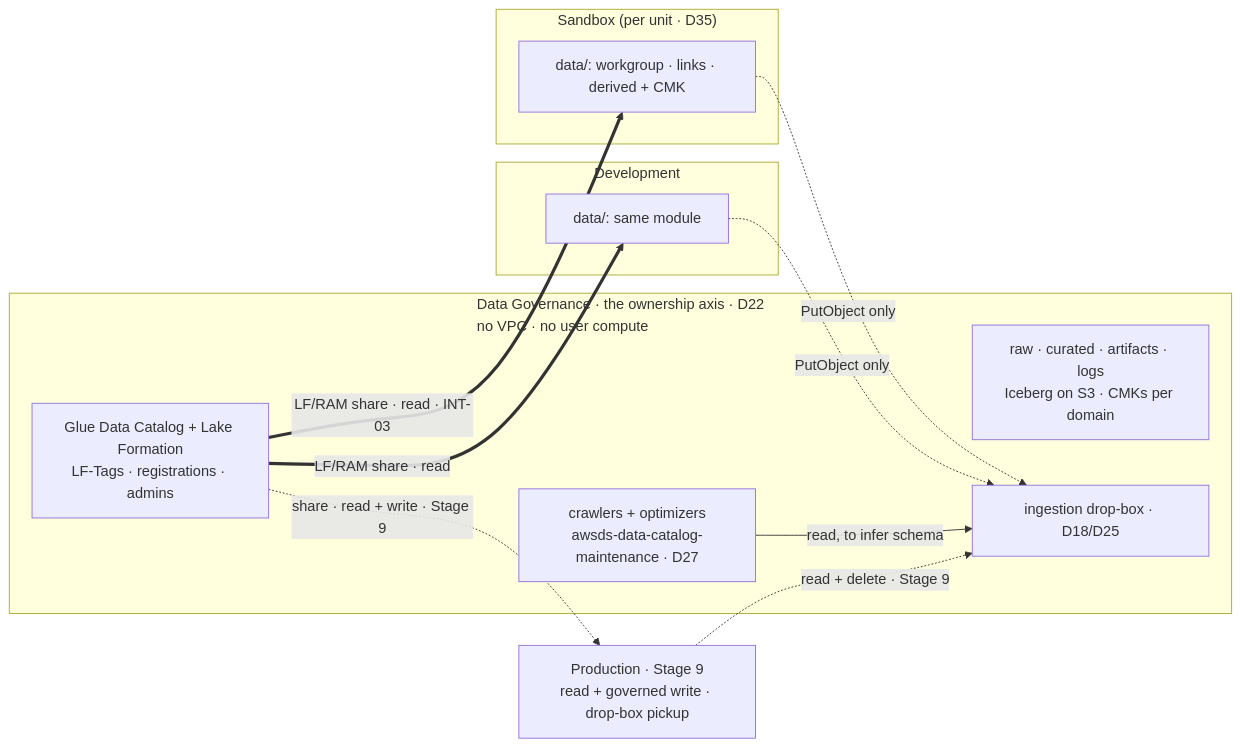
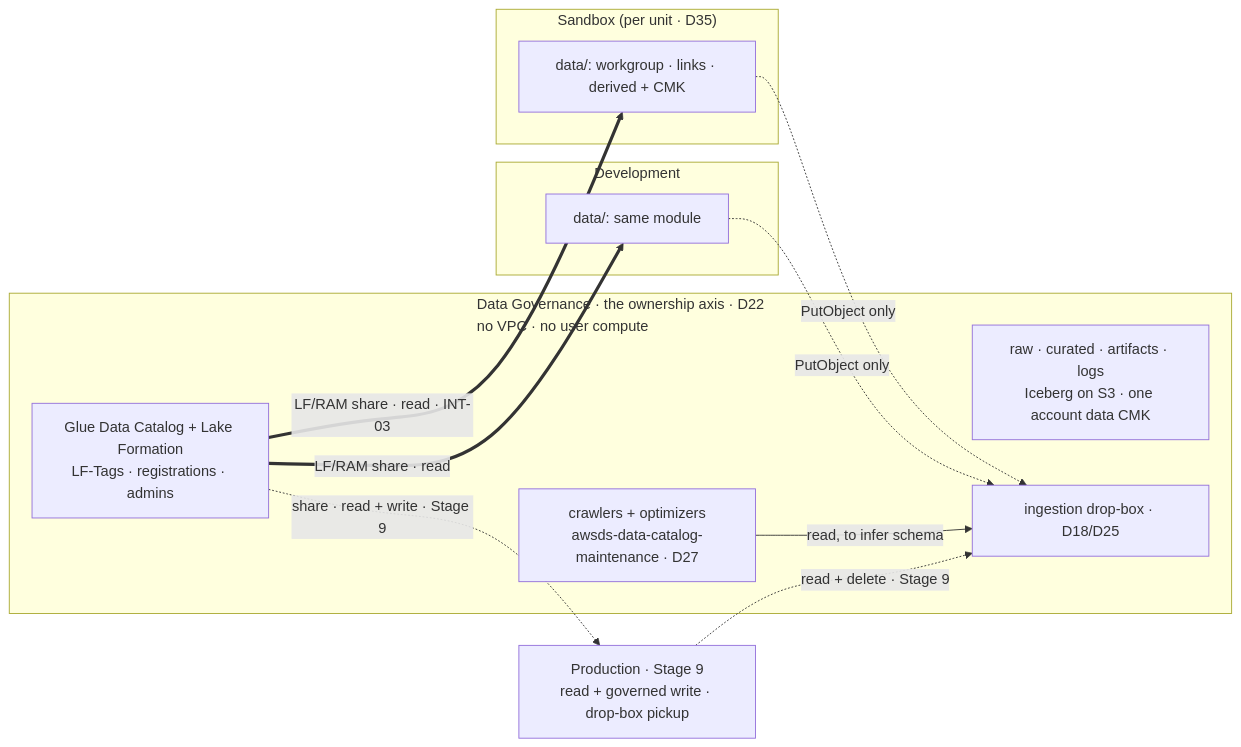
One commit to felipenoris/AWS-DataScience changed the diagram in docs/plan/stages/stage-05-data-foundation.md. Above: the diagram before and after it, drawn with Mermaid. The commit also changed other lines of this file and 27 other files, not shown here.

````diff
--- a/docs/plan/stages/stage-05-data-foundation.md
+++ b/docs/plan/stages/stage-05-data-foundation.md
@@ -38,25 +38,25 @@
 ```mermaid
 flowchart LR
     subgraph DG["Data Governance · the ownership axis · D22<br/>no VPC · no user compute"]
-        LAKE["raw · curated · artifacts · logs<br/>Iceberg on S3 · CMKs per domain"]
+        LAKE["raw · curated · artifacts · logs<br/>Iceberg on S3 · one account data CMK"]
         CAT["Glue Data Catalog + Lake Formation<br/>LF-Tags · registrations · admins"]
         BOX["ingestion drop-box · D18/D25"]
         CRAWL["crawlers + optimizers<br/>awsds-data-catalog-maintenance · D27"]
     end
 
     subgraph SBX["Sandbox (per unit · D35)"]
         SD["data/: workgroup · links · derived + CMK"]
     end
     subgraph DEV["Development"]
         DD["data/: same module"]
     end
     PRD["Production · Stage 9<br/>read + governed write · drop-box pickup"]
 
     CAT ==>|"LF/RAM share · read · INT-03"| SD
     CAT ==>|"LF/RAM share · read"| DD
     CAT -.->|"share · read + write · Stage 9"| PRD
     SD -.->|"PutObject only"| BOX
     DD -.->|"PutObject only"| BOX
     CRAWL -->|"read, to infer schema"| BOX
     PRD -.->|"read + delete · Stage 9"| BOX
 ```
````
